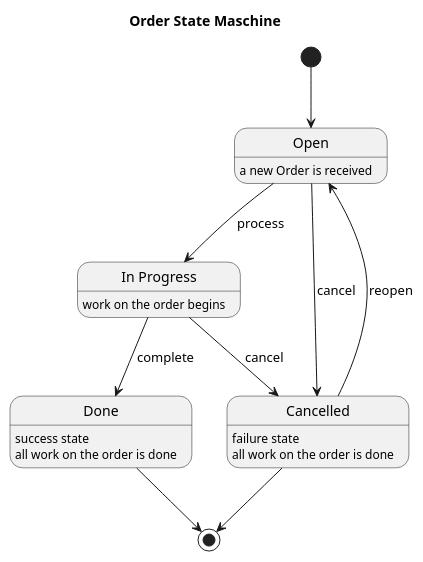
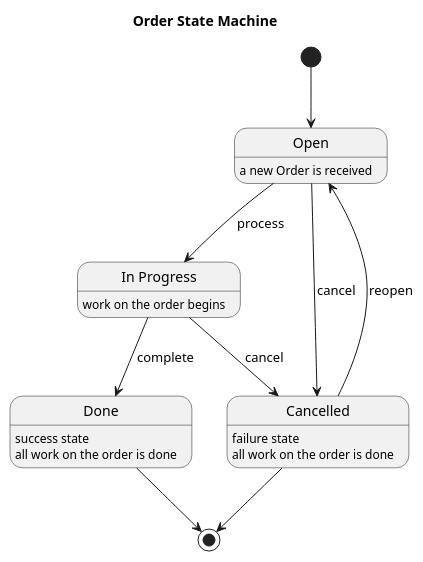
One commit to shopware/shopware changed the diagram in src/Docs/Resources/current/60-references-internals/10-core/50-checkout-process/_puml/order-state-machine.puml. Above: the diagram before and after it, drawn with PlantUML. The commit also changed 47 other files, not shown here.

```diff
--- a/src/Docs/Resources/current/60-references-internals/10-core/50-checkout-process/_puml/order-state-machine.puml
+++ b/src/Docs/Resources/current/60-references-internals/10-core/50-checkout-process/_puml/order-state-machine.puml
@@ -1,28 +1,28 @@
 @startuml
 
 hide empty description
 
-title Order State Maschine
+title Order State Machine
 
 state "Open" as open
 state "In Progress" as inProgress
 state "Done" as completed
 state "Cancelled" as cancelled
 
 open : a new Order is received
 inProgress : work on the order begins
 completed : success state
 completed : all work on the order is done
 cancelled : failure state
 cancelled : all work on the order is done
 
 [*] --> open
 open --> inProgress : process
 open --> cancelled : cancel
 cancelled --> open : reopen
 inProgress --> cancelled : cancel
 inProgress --> completed : complete
 
 cancelled --> [*]
 completed --> [*]
 @enduml
```
